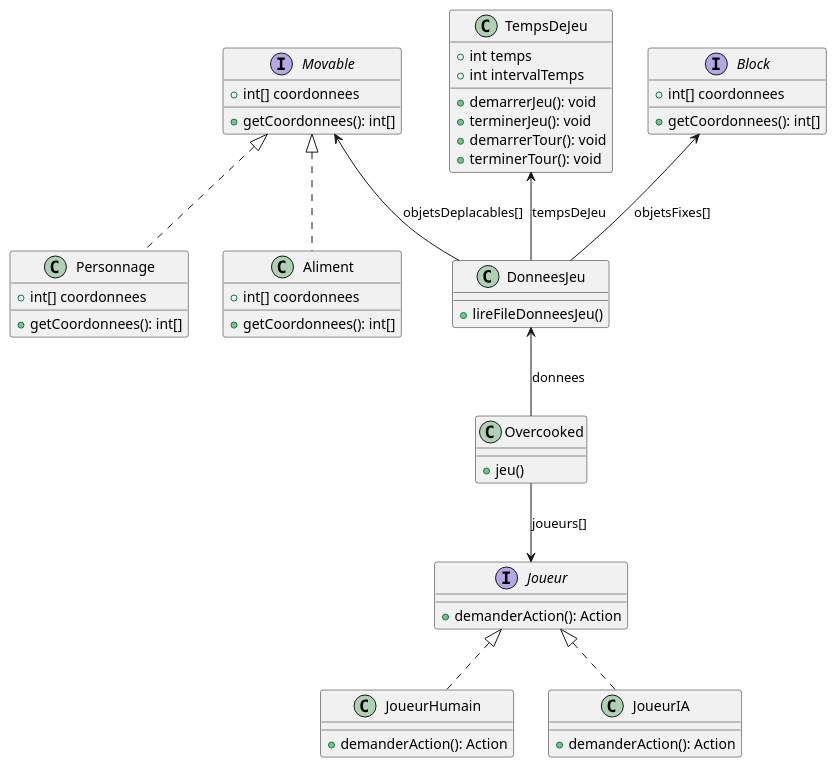
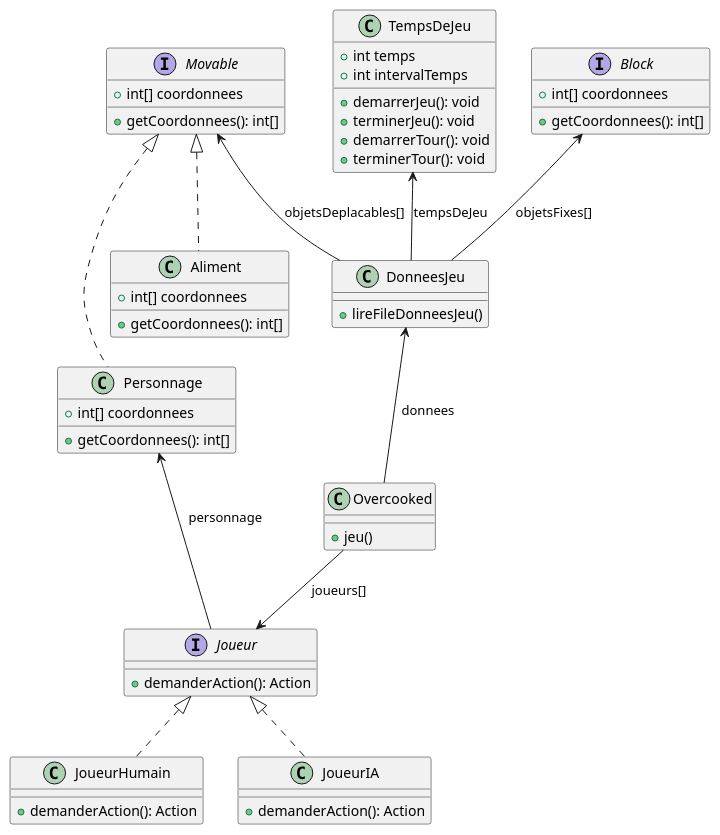
The diagram in assets/DiagClassNonIA.puml (ThomasRbn/PTUT_BERNARD_ROBINEAU_ROUYER_RUSSO), drawn with PlantUML before and after one commit. The commit also changed 1 other file, not shown here.

Commit message:
Mise à jour des diagrammes

```diff
--- a/assets/DiagClassNonIA.puml
+++ b/assets/DiagClassNonIA.puml
@@ -1,61 +1,62 @@
 @startuml
 'https://plantuml.com/class-diagram
 
 class Overcooked {
 + jeu()
 }
 
 "Overcooked" --> "Joueur" : "joueurs[]"
 
 interface Movable {
     + int[] coordonnees
     + getCoordonnees(): int[]
 }
 
 interface Joueur {
     + demanderAction(): Action
 }
+"Personnage" <-- "Joueur" : "personnage"
 
 class JoueurHumain implements Joueur {
     + demanderAction(): Action
 }
 
 class JoueurIA implements Joueur {
     + demanderAction(): Action
 }
 
 class Personnage implements Movable {
     + int[] coordonnees
     + getCoordonnees(): int[]
 }
 
 class Aliment implements Movable {
     + int[] coordonnees
     + getCoordonnees(): int[]
 }
 
 class TempsDeJeu {
     + int temps
     + int intervalTemps
     + demarrerJeu(): void
     + terminerJeu(): void
     + demarrerTour(): void
     + terminerTour(): void
 }
 
 class DonneesJeu {
     + lireFileDonneesJeu()
 }
 
 interface Block {
     + int[] coordonnees
     + getCoordonnees(): int[]
 }
 "Block" <-- "DonneesJeu" : "objetsFixes[]"
 "Movable" <-- "DonneesJeu" : "objetsDeplacables[]"
 "DonneesJeu" <-- "Overcooked" : "donnees"
 "TempsDeJeu" <-- "DonneesJeu" : "tempsDeJeu"
 
 
 
 @enduml
```
